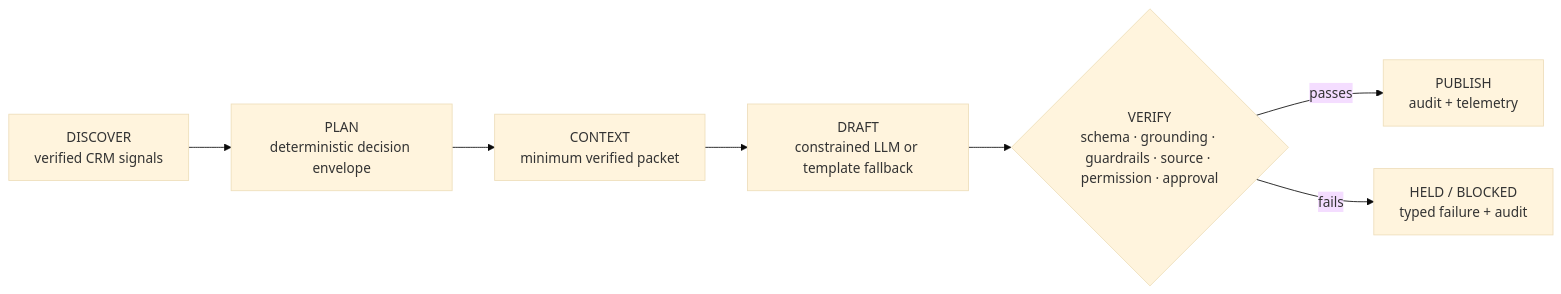
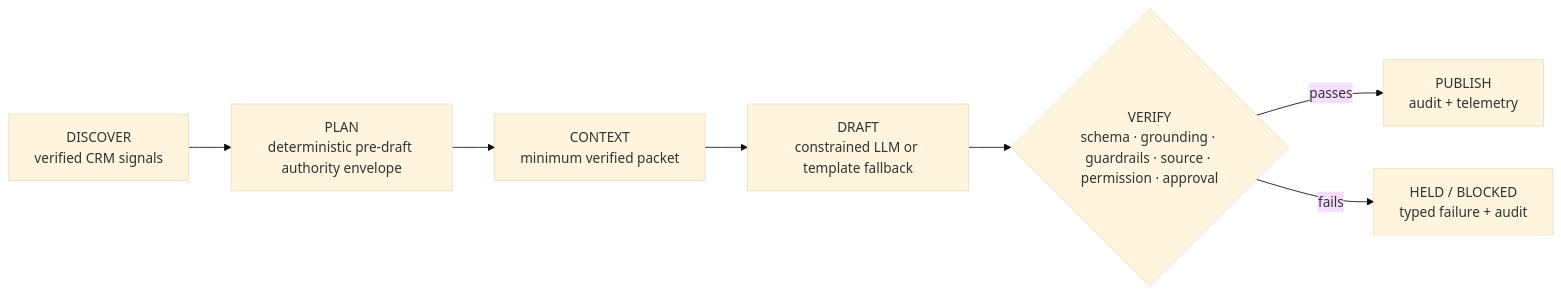
One commit to Lvvphole/ai-account-prioritization changed the second of 3 diagrams in README.md. Above: the diagram before and after it, drawn with Mermaid (base theme). The commit also changed other lines of this file, not shown here.

````diff
--- a/README.md
+++ b/README.md
@@ -124,9 +126,9 @@
 ```mermaid
 flowchart LR
-    A["DISCOVER<br/>verified CRM signals"] --> B["PLAN<br/>deterministic decision envelope"]
+    A["DISCOVER<br/>verified CRM signals"] --> B["PLAN<br/>deterministic pre-draft authority envelope"]
     B --> C["CONTEXT<br/>minimum verified packet"]
     C --> D["DRAFT<br/>constrained LLM or template fallback"]
     D --> E{"VERIFY<br/>schema · grounding · guardrails · source · permission · approval"}
     E -- "passes" --> F["PUBLISH<br/>audit + telemetry"]
     E -- "fails" --> G["HELD / BLOCKED<br/>typed failure + audit"]
 ```
````
